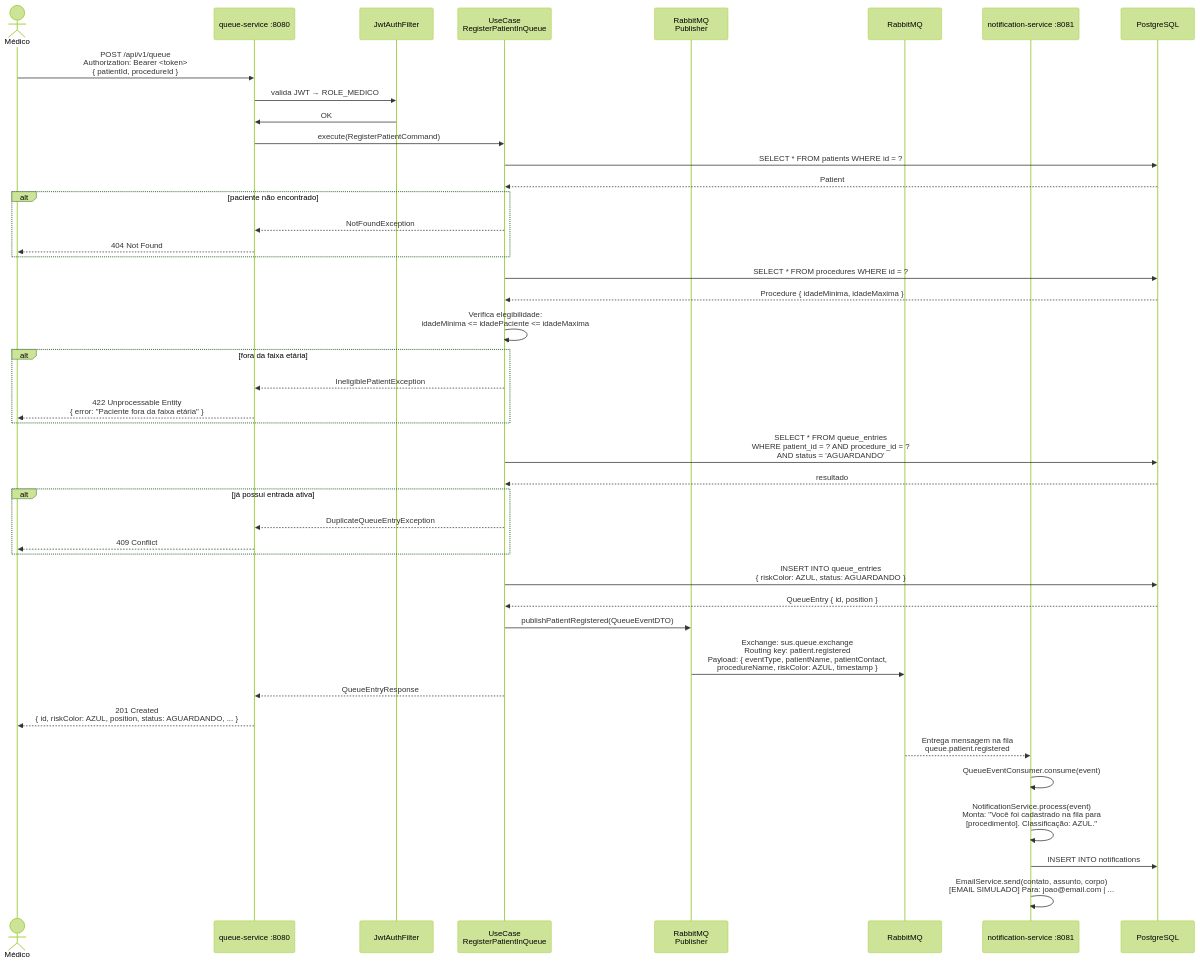
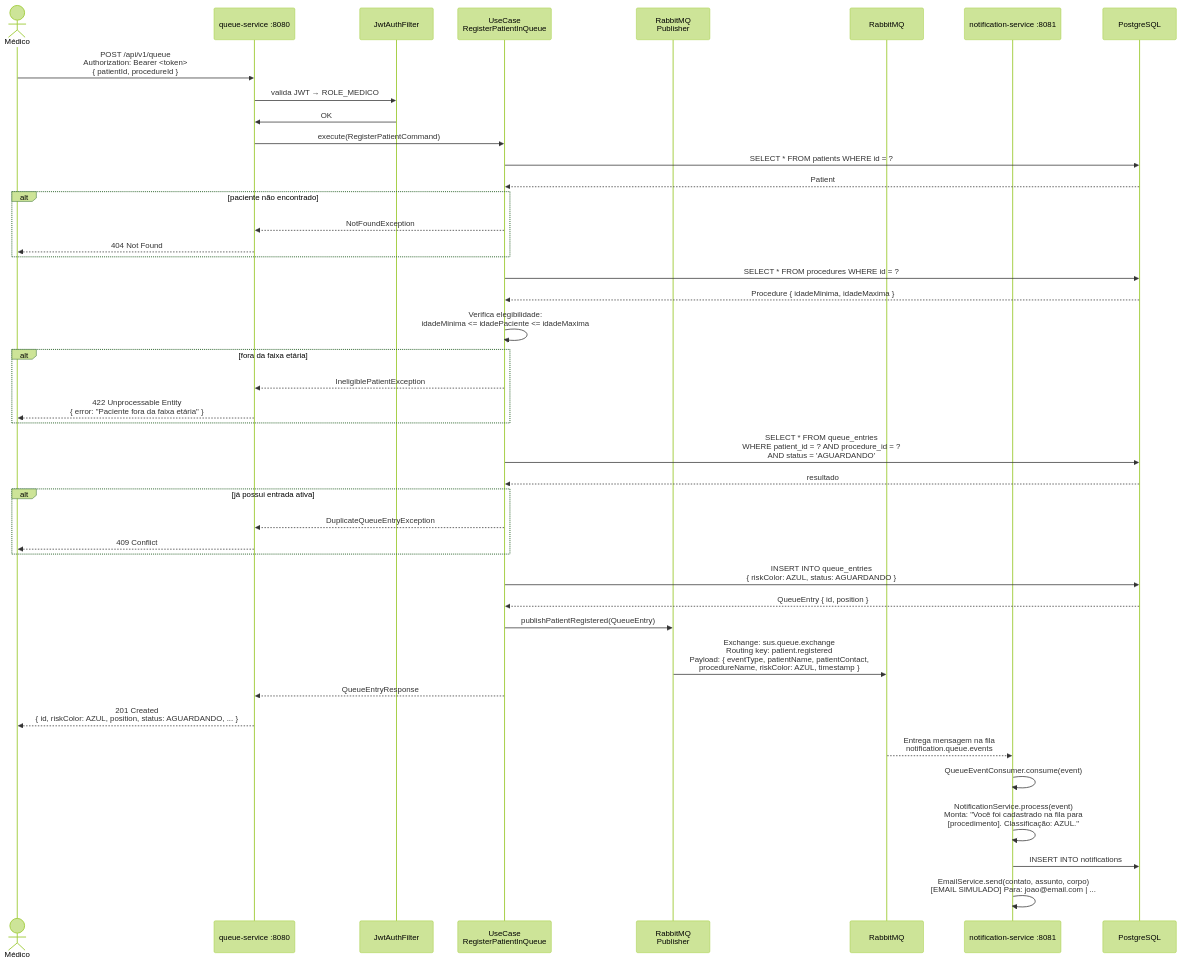
The fourth of 13 diagrams in docs/sequencias-diagrama.md (LucasBruner/Morbus), drawn with Mermaid (forest theme) before and after one commit. The commit also changed other lines of this file and 235 other files, not shown here.

````diff
--- a/docs/sequencias-diagrama.md
+++ b/docs/sequencias-diagrama.md
@@ -128,60 +129,60 @@
 ```mermaid
 sequenceDiagram
     actor Medico as Médico
     participant QS as queue-service :8080
     participant Filter as JwtAuthFilter
     participant UC as UseCase<br/>RegisterPatientInQueue
     participant Publisher as RabbitMQ<br/>Publisher
     participant MQ as RabbitMQ
     participant NS as notification-service :8081
     participant DB as PostgreSQL
 
     Medico->>QS: POST /api/v1/queue<br/>Authorization: Bearer <token><br/>{ patientId, procedureId }
 
     QS->>Filter: valida JWT → ROLE_MEDICO
     Filter->>QS: OK
 
     QS->>UC: execute(RegisterPatientCommand)
 
     UC->>DB: SELECT * FROM patients WHERE id = ?
     DB-->>UC: Patient
 
     alt paciente não encontrado
         UC-->>QS: NotFoundException
         QS-->>Medico: 404 Not Found
     end
 
     UC->>DB: SELECT * FROM procedures WHERE id = ?
     DB-->>UC: Procedure { idadeMinima, idadeMaxima }
 
     UC->>UC: Verifica elegibilidade:<br/>idadeMinima <= idadePaciente <= idadeMaxima
 
     alt fora da faixa etária
         UC-->>QS: IneligiblePatientException
         QS-->>Medico: 422 Unprocessable Entity<br/>{ error: "Paciente fora da faixa etária" }
     end
 
     UC->>DB: SELECT * FROM queue_entries<br/>WHERE patient_id = ? AND procedure_id = ?<br/>AND status = 'AGUARDANDO'
     DB-->>UC: resultado
 
     alt já possui entrada ativa
         UC-->>QS: DuplicateQueueEntryException
         QS-->>Medico: 409 Conflict
     end
 
     UC->>DB: INSERT INTO queue_entries<br/>{ riskColor: AZUL, status: AGUARDANDO }
     DB-->>UC: QueueEntry { id, position }
 
-    UC->>Publisher: publishPatientRegistered(QueueEventDTO)
+    UC->>Publisher: publishPatientRegistered(QueueEntry)
     Publisher->>MQ: Exchange: sus.queue.exchange<br/>Routing key: patient.registered<br/>Payload: { eventType, patientName, patientContact,<br/>procedureName, riskColor: AZUL, timestamp }
 
     UC-->>QS: QueueEntryResponse
     QS-->>Medico: 201 Created<br/>{ id, riskColor: AZUL, position, status: AGUARDANDO, ... }
 
-    MQ-->>NS: Entrega mensagem na fila<br/>queue.patient.registered
+    MQ-->>NS: Entrega mensagem na fila<br/>notification.queue.events
 
     NS->>NS: QueueEventConsumer.consume(event)
     NS->>NS: NotificationService.process(event)<br/>Monta: "Você foi cadastrado na fila para<br/>[procedimento]. Classificação: AZUL."
     NS->>DB: INSERT INTO notifications
     NS->>NS: EmailService.send(contato, assunto, corpo)<br/>[EMAIL SIMULADO] Para: joao@email.com | ...
 ```
````
